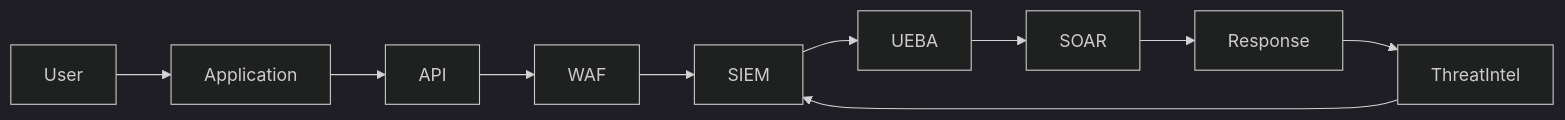
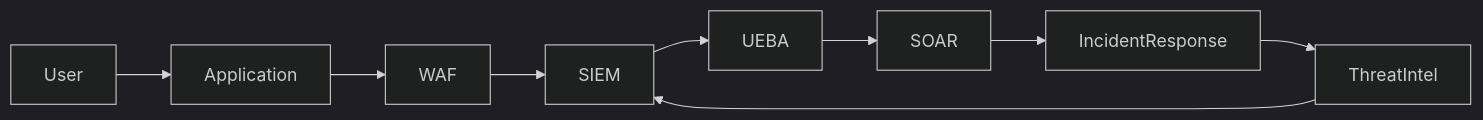
One commit to ajaygandikota/ajaygandikota changed the first of 2 diagrams in README.md. Above: the diagram before and after it, drawn with Mermaid (dark theme). The commit also changed other lines of this file, not shown here.

````diff
--- a/README.md
+++ b/README.md
@@ -18,12 +80,11 @@
 ``` mermaid
 flowchart LR
 User --> Application
-Application --> API
-API --> WAF
+Application --> WAF
 WAF --> SIEM
 SIEM --> UEBA
 UEBA --> SOAR
-SOAR --> Response
-Response --> ThreatIntel
+SOAR --> IncidentResponse
+IncidentResponse --> ThreatIntel
 ThreatIntel --> SIEM
 ```
````
